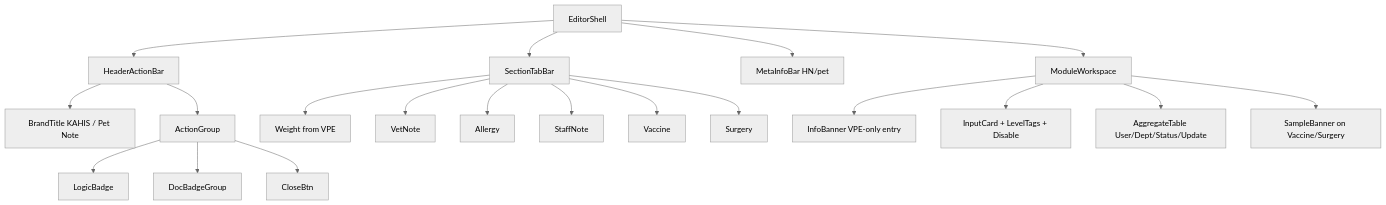
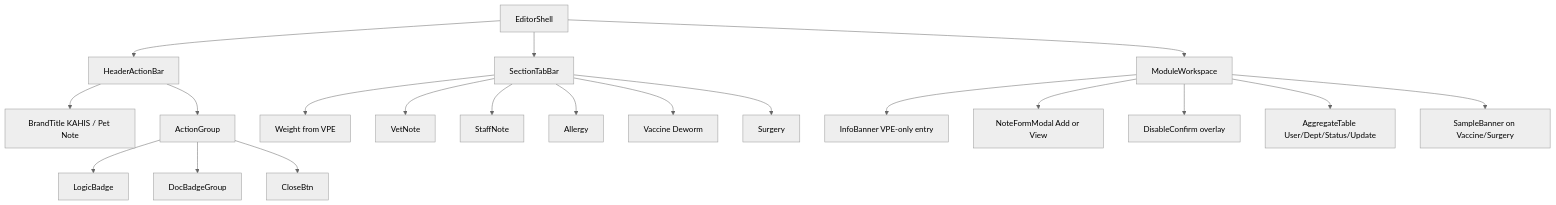
One commit to imnipon/kahis changed the seventh of 7 diagrams in NP/editor_ui_shell_map.md. Above: the diagram before and after it, drawn with Mermaid (neutral theme). The commit also changed other lines of this file and 2 other files, not shown here.

First line of the commit message:
Reorder Pet Note tabs and make Edit view-only with Disable confirm.

````diff
--- a/NP/editor_ui_shell_map.md
+++ b/NP/editor_ui_shell_map.md
@@ -614,26 +614,26 @@
 ```mermaid
 flowchart TB
   Shell[EditorShell]
   Shell --> Head[HeaderActionBar]
   Shell --> Tabs[SectionTabBar]
-  Shell --> Meta[MetaInfoBar HN/pet]
   Shell --> Work[ModuleWorkspace]
 
   Head --> Brand[BrandTitle KAHIS / Pet Note]
   Head --> Act[ActionGroup]
   Act --> L[LogicBadge]
   Act --> Doc[DocBadgeGroup]
   Act --> C[CloseBtn]
 
   Tabs --> W[Weight from VPE]
   Tabs --> V[VetNote]
+  Tabs --> O[StaffNote]
   Tabs --> A[Allergy]
-  Tabs --> O[StaffNote]
-  Tabs --> Vac[Vaccine]
+  Tabs --> Vac[Vaccine Deworm]
   Tabs --> Sur[Surgery]
 
   Work --> InfoW[InfoBanner VPE-only entry]
-  Work --> Input[InputCard + LevelTags + Disable]
+  Work --> Modal[NoteFormModal Add or View]
+  Work --> Confirm[DisableConfirm overlay]
   Work --> Tbl[AggregateTable User/Dept/Status/Update]
   Work --> Banner[SampleBanner on Vaccine/Surgery]
 ```
````
